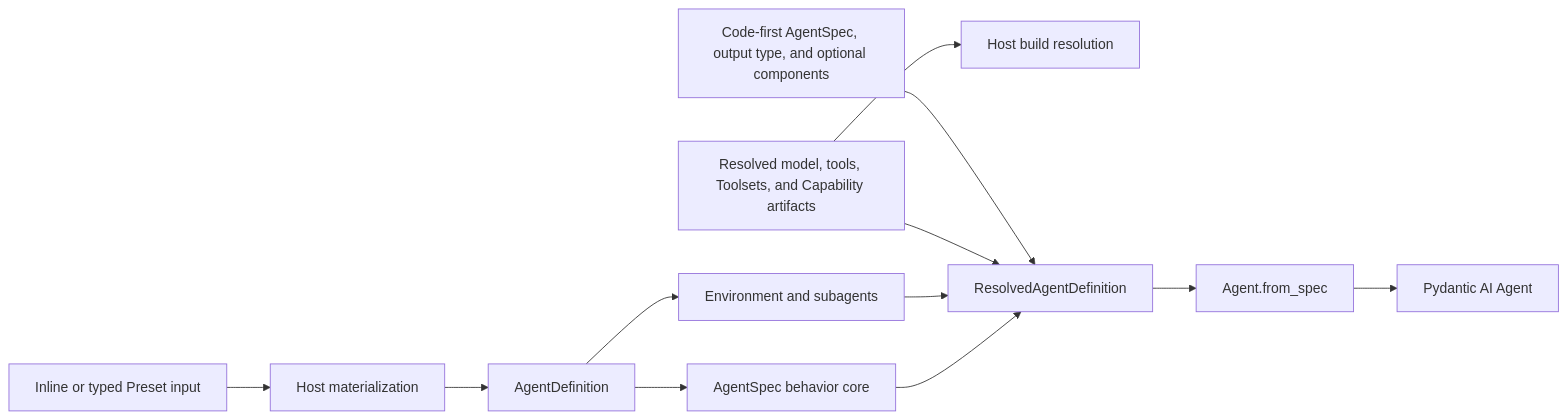
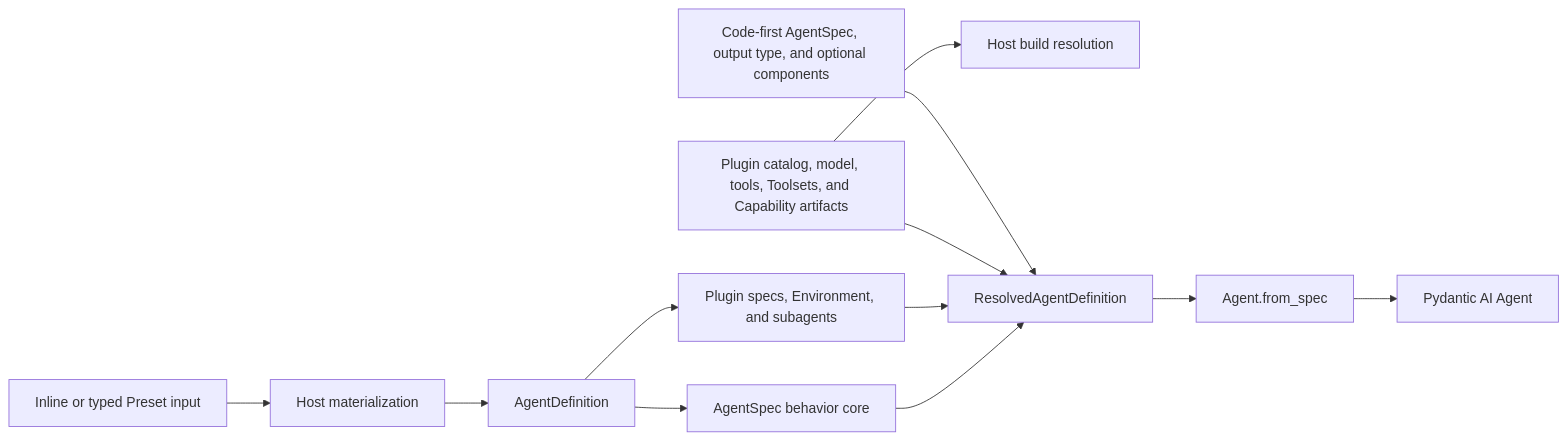
Before and after one commit to LTThreeComma/agent-foundation: the second of 5 diagrams in spec/agent-harness/01-pydantic-ai-foundation.md, drawn with Mermaid. The commit also changed other lines of this file and 21 other files, not shown here.

First line of the commit message:
feat(harness): define first-class plugin lifecycle

````diff
--- a/spec/agent-harness/01-pydantic-ai-foundation.md
+++ b/spec/agent-harness/01-pydantic-ai-foundation.md
@@ -80,12 +81,12 @@
 ```mermaid
 flowchart LR
     Input[Inline or typed Preset input] --> Materialize[Host materialization]
     Materialize --> Source[AgentDefinition]
     Source --> PydanticSpec[AgentSpec behavior core]
-    Source --> HarnessFields[Environment and subagents]
-    Registry[Resolved model, tools, Toolsets, and Capability artifacts] --> Resolve[Host build resolution]
+    Source --> HarnessFields[Plugin specs, Environment, and subagents]
+    Registry[Plugin catalog, model, tools, Toolsets, and Capability artifacts] --> Resolve[Host build resolution]
     PydanticSpec & HarnessFields & Registry --> Resolved[ResolvedAgentDefinition]
     Code[Code-first AgentSpec, output type, and optional components] --> Resolved
     Resolved --> FromSpec[Agent.from_spec]
     FromSpec --> Agent[Pydantic AI Agent]
 ```
````
